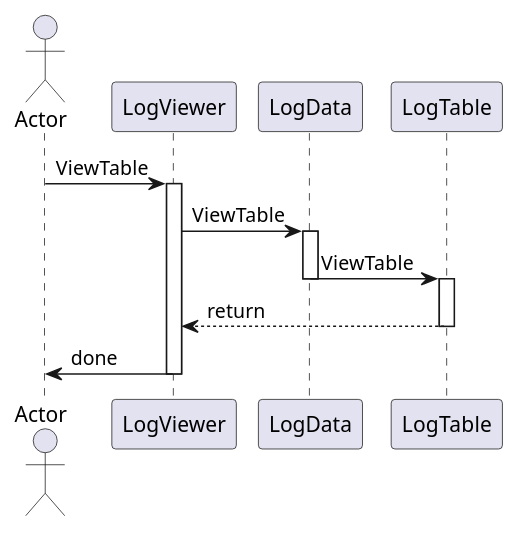
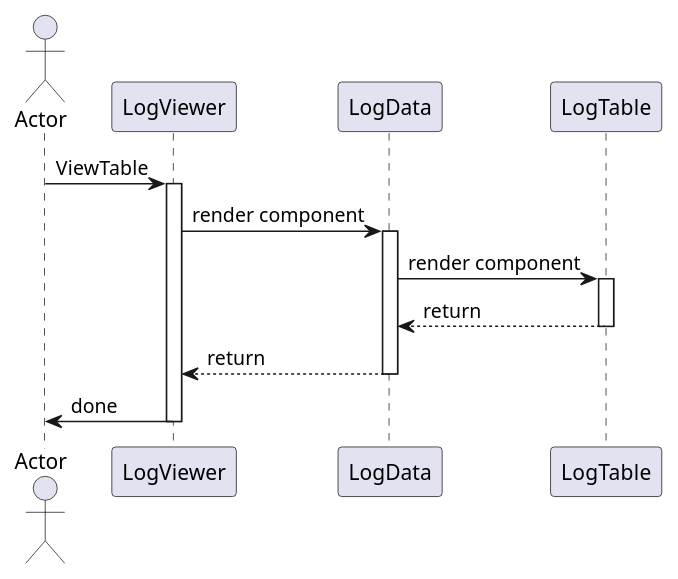
One commit to sevenelevendevunipd/docs changed the sixth of 13 diagrams in allegato_tecnico.md. Above: the diagram before and after it, drawn with PlantUML. The commit also changed other lines of this file, not shown here.

````diff
--- a/allegato_tecnico.md
+++ b/allegato_tecnico.md
@@ -323,14 +379,17 @@
 ```{ .plantuml caption="Diagramma V4"}
+@startuml
 actor Actor
 Actor -> LogViewer: ViewTable
 activate LogViewer
-LogViewer ->LogData: ViewTable
+LogViewer ->LogData: render component
 activate LogData
-LogData -> LogTable: ViewTable
+LogData -> LogTable: render component
+activate LogTable
+LogData <-- LogTable: return
+deactivate LogTable
+LogViewer <-- LogData: return
 deactivate LogData
-activate LogTable
-LogViewer <-- LogTable: return
-deactivate LogTable
 Actor <-LogViewer: done
 deactivate LogViewer
+@enduml
 ```
````
